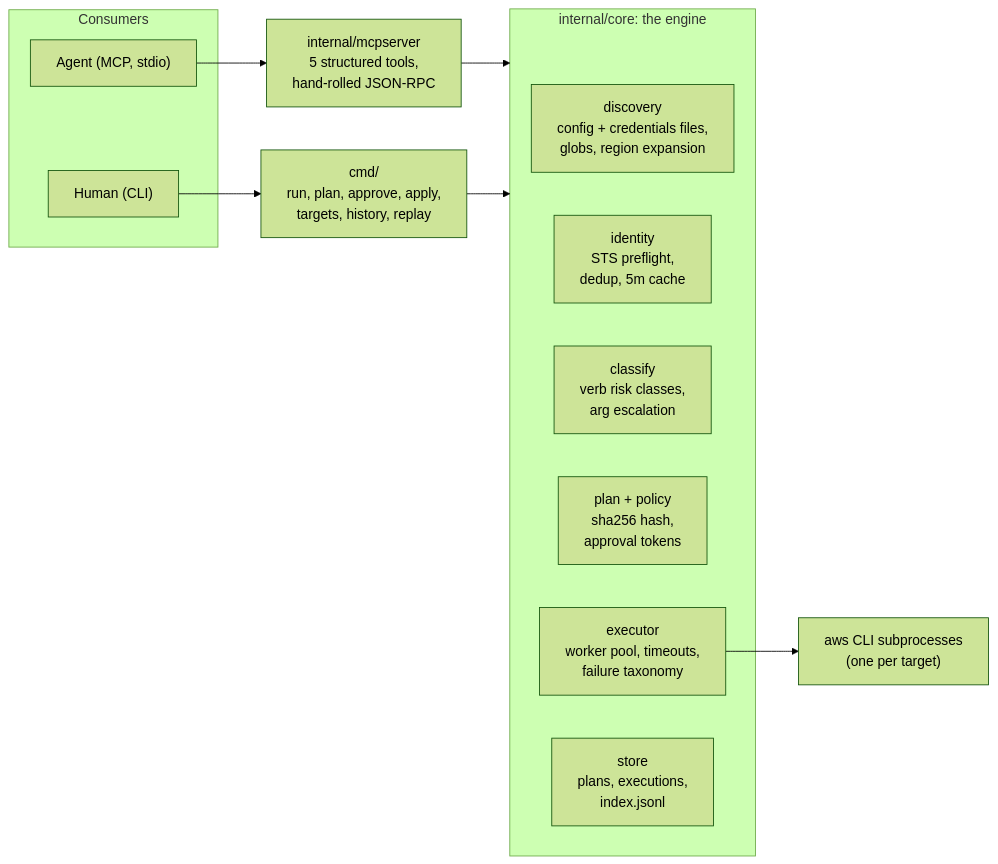
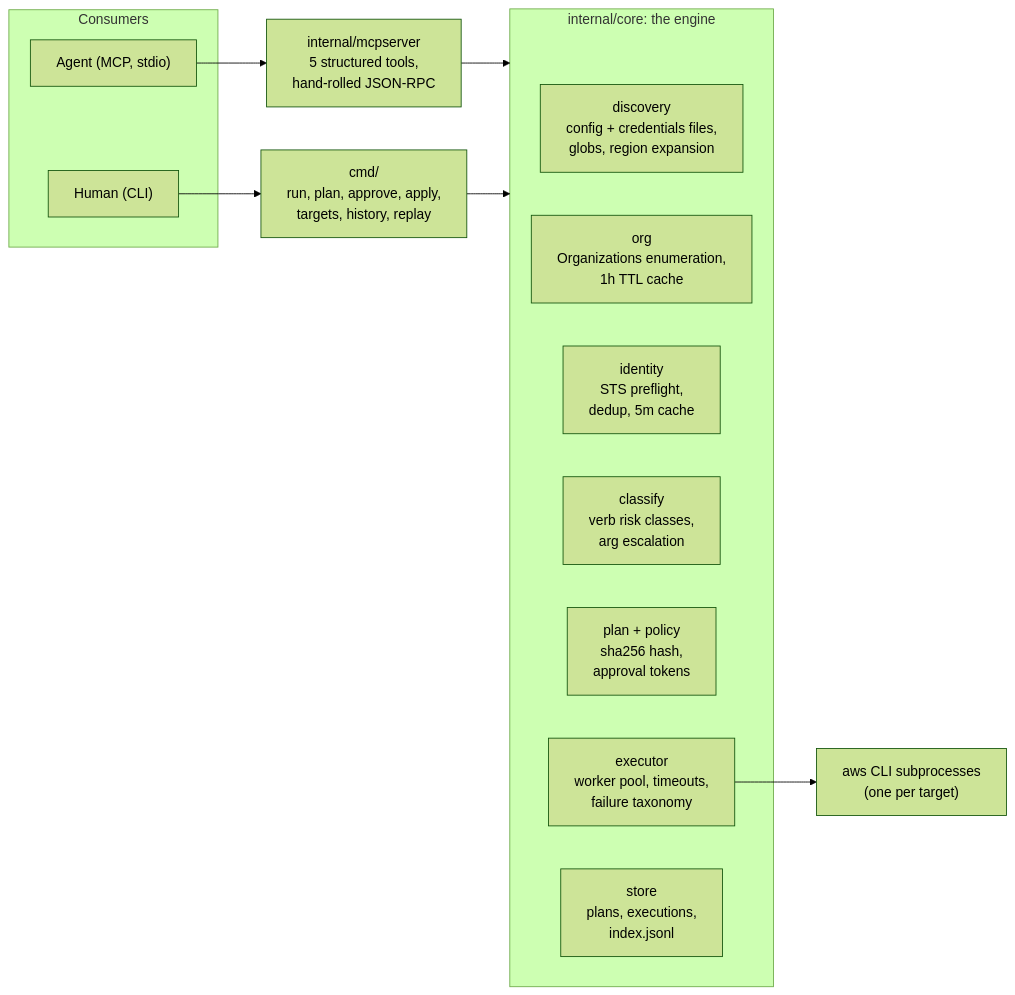
Before and after one commit to 0hardik1/awsmux: the first of 2 diagrams in docs/ARCHITECTURE.md, drawn with Mermaid (forest theme). The commit also changed other lines of this file and 1 other file, not shown here.

Commit message:
docs: document org-aware discovery selectors and safety boundary

````diff
--- a/docs/ARCHITECTURE.md
+++ b/docs/ARCHITECTURE.md
@@ -7,20 +7,21 @@
 ```mermaid
 flowchart LR
     subgraph consumers [Consumers]
         AG["Agent (MCP, stdio)"]
         HU["Human (CLI)"]
     end
     AG --> MCP["internal/mcpserver<br/>5 structured tools,<br/>hand-rolled JSON-RPC"]
     HU --> CMD["cmd/<br/>run, plan, approve, apply,<br/>targets, history, replay"]
     MCP --> CORE
     CMD --> CORE
     subgraph CORE [internal/core: the engine]
         DISC["discovery<br/>config + credentials files,<br/>globs, region expansion"]
+        ORG["org<br/>Organizations enumeration,<br/>1h TTL cache"]
         IDEN["identity<br/>STS preflight,<br/>dedup, 5m cache"]
         CLS["classify<br/>verb risk classes,<br/>arg escalation"]
         PLAN["plan + policy<br/>sha256 hash,<br/>approval tokens"]
         EXEC["executor<br/>worker pool, timeouts,<br/>failure taxonomy"]
         STORE["store<br/>plans, executions,<br/>index.jsonl"]
     end
     EXEC --> AWS["aws CLI subprocesses<br/>(one per target)"]
 ```
````
